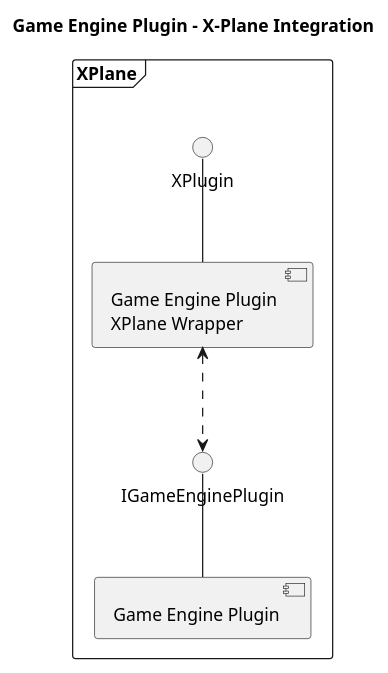
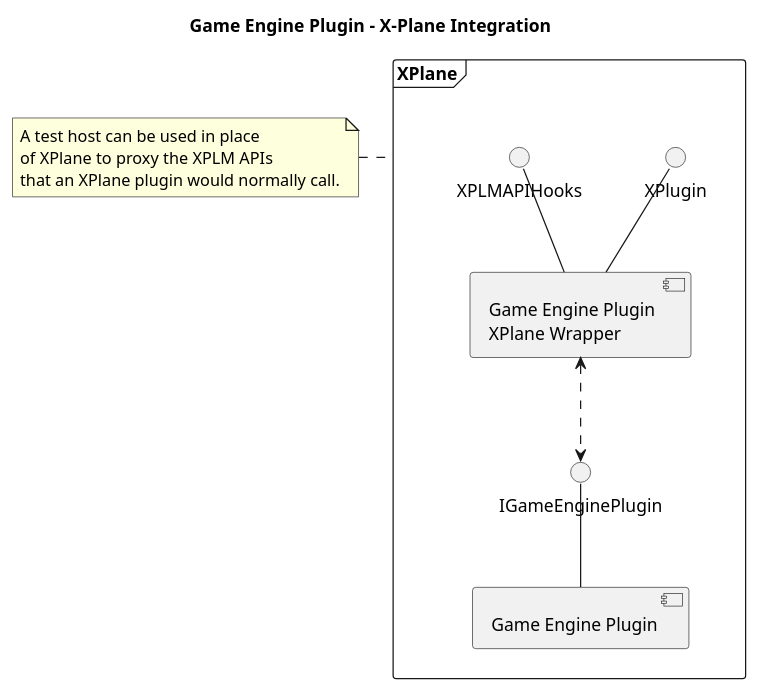
One commit to stevostj/Sandbox changed the diagram in GameEnginePlugin/Docs/SourceDiagrams/GameEnginePlugin-XPlaneIntegration.plantuml. Above: the diagram before and after it, drawn with PlantUML. The commit also changed 7 other files, not shown here.

Commit message:
adding early design diagrams for initialization

```diff
--- a/GameEnginePlugin/Docs/SourceDiagrams/GameEnginePlugin-XPlaneIntegration.plantuml
+++ b/GameEnginePlugin/Docs/SourceDiagrams/GameEnginePlugin-XPlaneIntegration.plantuml
@@ -1,19 +1,27 @@
 @startuml
 
 title "Game Engine Plugin - X-Plane Integration"
 
 frame "XPlane" as HA {
-[Game Engine Plugin \nXPlane Wrapper] as HAI
+[Game Engine Plugin \nXPlane Wrapper] as XPW
 [Game Engine Plugin] as GEP
 () "IGameEnginePlugin" as IGEP
 () "XPlugin" as IXP
+() "XPLMAPIHooks" as IXPLMAPI
 }
+
+note left of HA
+A test host can be used in place
+of XPlane to proxy the XPLM APIs
+that an XPlane plugin would normally call.
+end note
 
 IGEP -- GEP
 
-IXP -- HAI
+IXP -- XPW
+IXPLMAPI -- XPW
 
-HAI <..> IGEP
+XPW <..> IGEP
 
 
 @enduml
```
